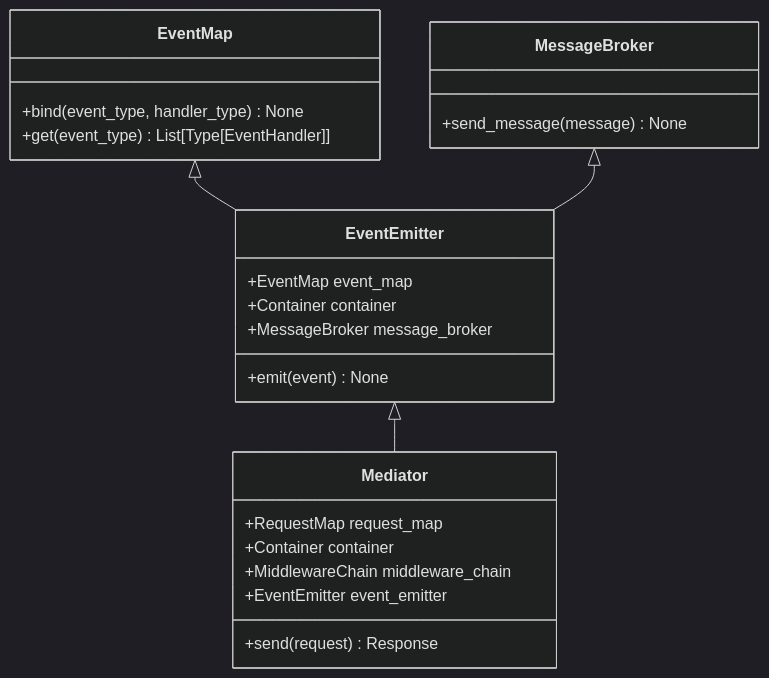
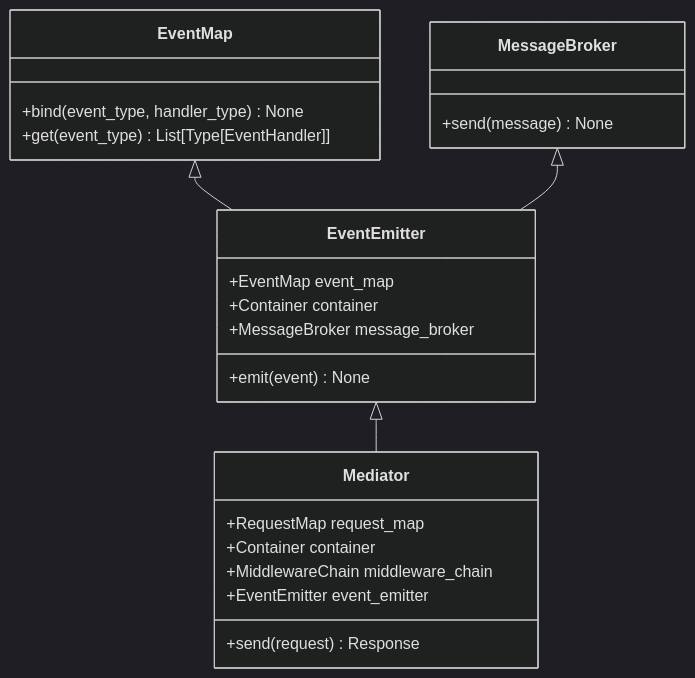
One commit to LabMarket/sikei changed the second of 4 diagrams in docs/architecture.md. Above: the diagram before and after it, drawn with Mermaid (dark theme). The commit also changed 6 other files, not shown here.

Commit message:
refactor send message

````diff
--- a/docs/architecture.md
+++ b/docs/architecture.md
@@ -58,27 +58,27 @@
 ```mermaid
 classDiagram
     EventEmitter <|-- Mediator
     EventMap <|-- EventEmitter
     MessageBroker <|-- EventEmitter
 
     class EventMap{
         +bind(event_type, handler_type) None
         +get(event_type) List[Type[EventHandler]]
     }
     class MessageBroker{
-        +send_message(message) None
+        +send(message) None
     }
     class EventEmitter{
         +EventMap event_map
         +Container container
         +MessageBroker message_broker
         +emit(event) None
     }
     class Mediator{
         +RequestMap request_map
         +Container container
         +MiddlewareChain middleware_chain
         +EventEmitter event_emitter
         +send(request) Response
     }
 ```
````
